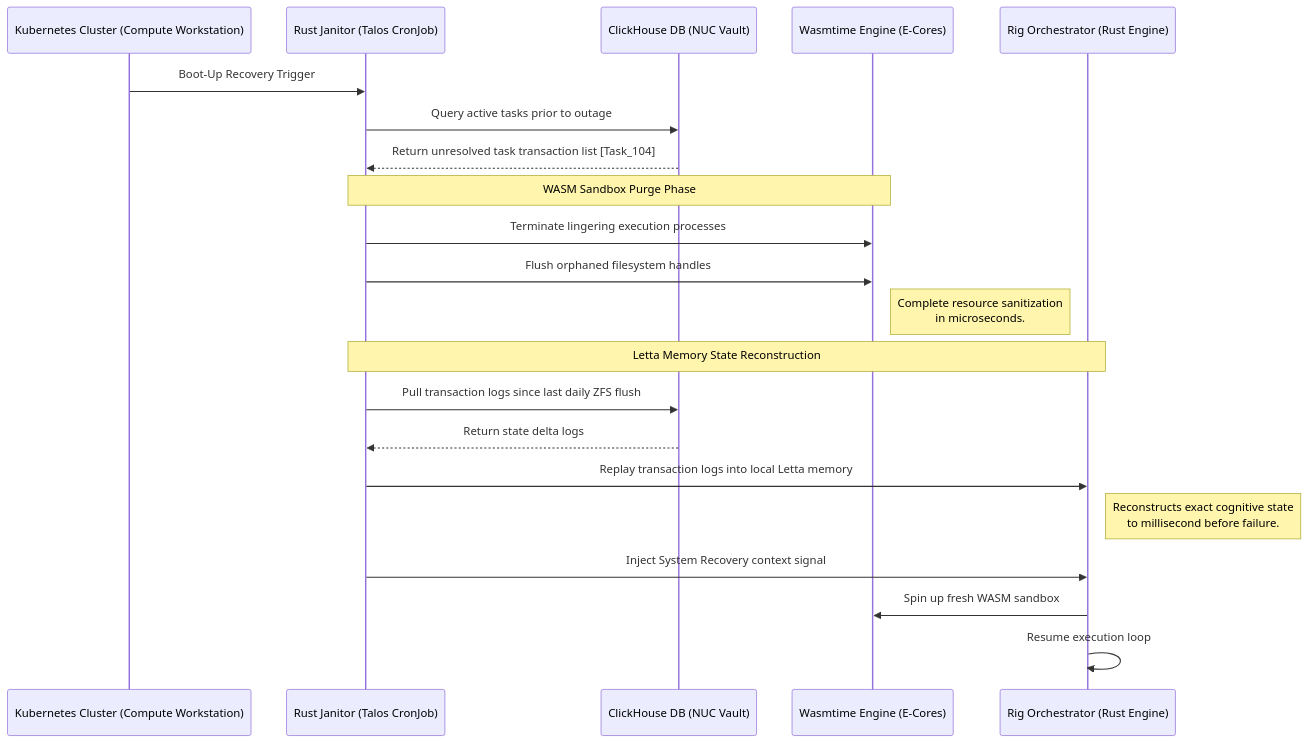
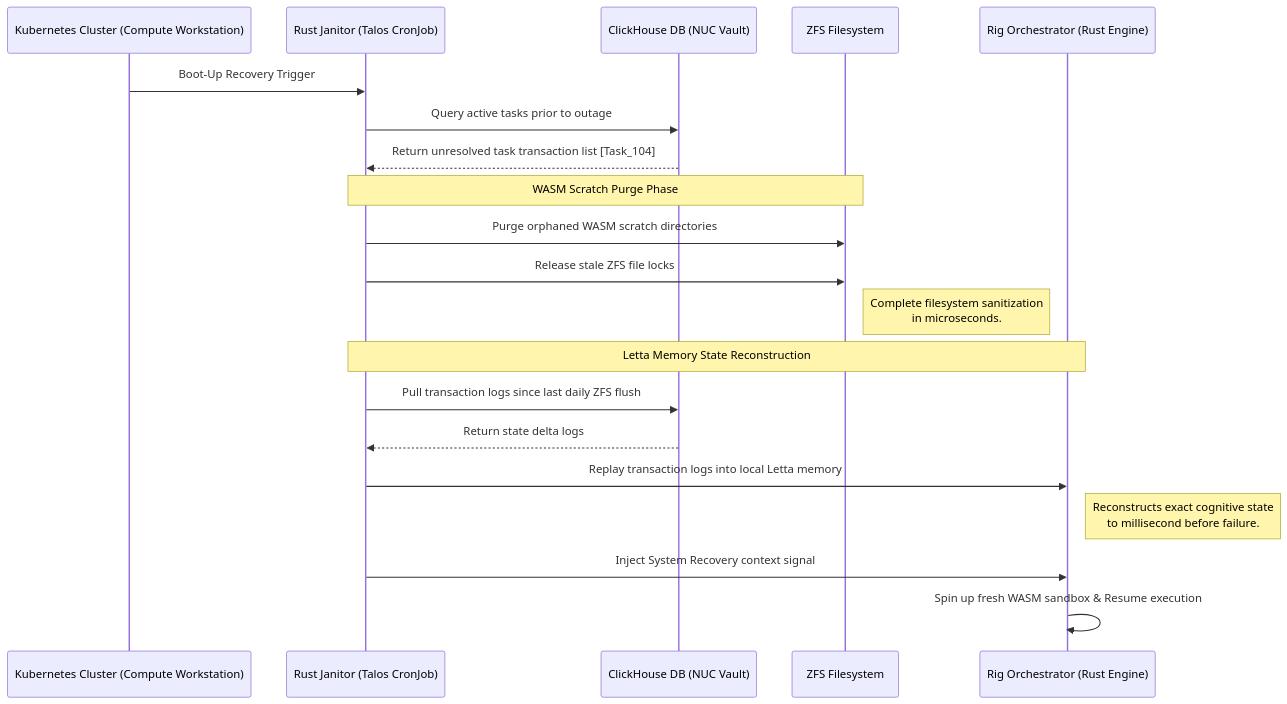
Before and after one commit to foersben/janus-synapse-edge: the diagram in docs/11. Disaster Recovery & Automated Healing.md, drawn with Mermaid. The commit also changed other lines of this file and 2 other files, not shown here.

Commit message:
Resolve logical preemption, memory folding, and disaster recovery paradoxes

````diff
--- a/docs/11. Disaster Recovery & Automated Healing.md
+++ b/docs/11. Disaster Recovery & Automated Healing.md
@@ -32,27 +32,26 @@
 ```mermaid
 sequenceDiagram
     participant K8s as Kubernetes Cluster (Compute Workstation)
     participant Janitor as Rust Janitor (Talos CronJob)
     participant ClickHouse as ClickHouse DB (NUC Vault)
-    participant Wasmtime as Wasmtime Engine (E-Cores)
+    participant LocalDisk as ZFS Filesystem
     participant Rig as Rig Orchestrator (Rust Engine)
 
     K8s->>Janitor: Boot-Up Recovery Trigger
     Janitor->>ClickHouse: Query active tasks prior to outage
     ClickHouse-->>Janitor: Return unresolved task transaction list [Task_104]
 
-    Note over Janitor,Wasmtime: WASM Sandbox Purge Phase
-    Janitor->>Wasmtime: Terminate lingering execution processes
-    Janitor->>Wasmtime: Flush orphaned filesystem handles
-    Note right of Wasmtime: Complete resource sanitization<br/>in microseconds.
+    Note over Janitor,LocalDisk: WASM Scratch Purge Phase
+    Janitor->>LocalDisk: Purge orphaned WASM scratch directories
+    Janitor->>LocalDisk: Release stale ZFS file locks
+    Note right of LocalDisk: Complete filesystem sanitization<br/>in microseconds.
 
     Note over Janitor,Rig: Letta Memory State Reconstruction
     Janitor->>ClickHouse: Pull transaction logs since last daily ZFS flush
     ClickHouse-->>Janitor: Return state delta logs
     Janitor->>Rig: Replay transaction logs into local Letta memory
     Note right of Rig: Reconstructs exact cognitive state<br/>to millisecond before failure.
 
     Janitor->>Rig: Inject System Recovery context signal
-    Rig->>Wasmtime: Spin up fresh WASM sandbox
-    Rig->>Rig: Resume execution loop
+    Rig->>Rig: Spin up fresh WASM sandbox & Resume execution
 ```
````
